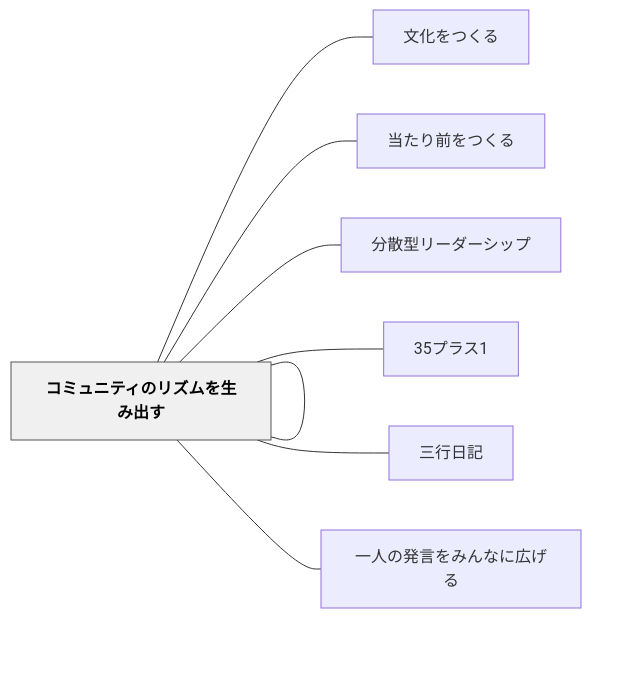
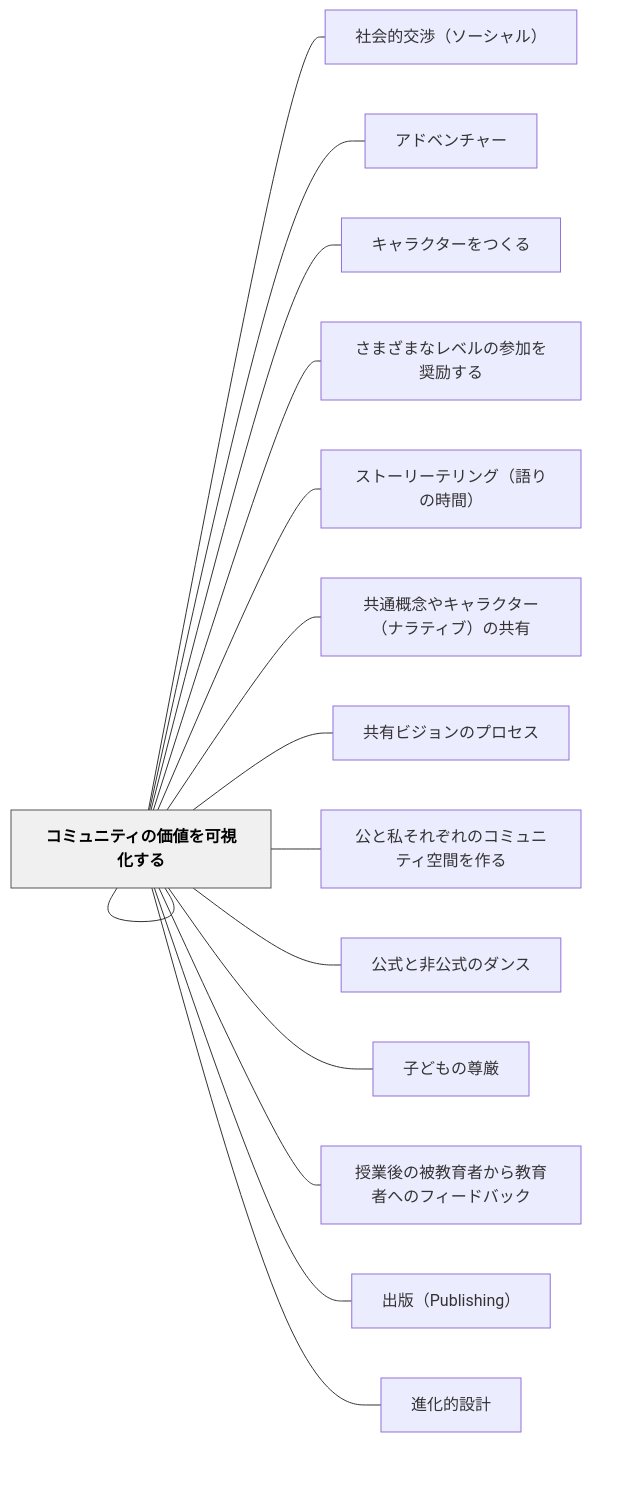
One commit to unknownthings-ed-patterns/unknownthings-ed-patterns changed the diagram in content/パタン/コミュニティをつくる.md. Above: the diagram before and after it, drawn with Mermaid. The commit also changed other lines of this file and 473 other files, not shown here.

````diff
--- a/content/パタン/コミュニティをつくる.md
+++ b/content/パタン/コミュニティをつくる.md
@@ -116,22 +140,36 @@
 ```mermaid
 flowchart LR
     ne382b3e3839f["コミュニティをつくる"]
-    ne69687e58c96["文化をつくる"]
-    ne5bd93e3819f["当たり前をつくる"]
-    ne382b3e3839f["コミュニティのリズムを生み出す"]
-    ne58886e695a3["分散型リーダーシップ"]
-    n3335e38397e3["35プラス1"]
-    ne4b889e8a18c["三行日記"]
-    ne4b880e4baba["一人の発言をみんなに広げる"]
+    ne7a4bee4bc9a["社会的交渉（ソーシャル）"]
+    ne382a2e38389["アドベンチャー"]
+    ne382ade383a3["キャラクターをつくる"]
+    ne382b3e3839f["コミュニティの価値を可視化する"]
+    ne38195e381be["さまざまなレベルの参加を奨励する"]
+    ne382b9e38388["ストーリーテリング（語りの時間）"]
+    ne585b1e9809a["共通概念やキャラクター（ナラティブ）の共有"]
+    ne585b1e69c89["共有ビジョンのプロセス"]
+    ne585ace381a8["公と私それぞれのコミュニティ空間を作る"]
+    ne585ace5bc8f["公式と非公式のダンス"]
+    ne5ad90e381a9["子どもの尊厳"]
+    ne68e88e6a5ad["授業後の被教育者から教育者へのフィードバック"]
+    ne587bae78988["出版（Publishing）"]
+    ne980b2e58c96["進化的設計"]
 
-    ne382b3e3839f --- ne69687e58c96
-    ne382b3e3839f --- ne5bd93e3819f
+    ne382b3e3839f --- ne7a4bee4bc9a
+    ne382b3e3839f --- ne382a2e38389
+    ne382b3e3839f --- ne382ade383a3
     ne382b3e3839f --- ne382b3e3839f
-    ne382b3e3839f --- ne58886e695a3
-    ne382b3e3839f --- n3335e38397e3
-    ne382b3e3839f --- ne4b889e8a18c
-    ne382b3e3839f --- ne4b880e4baba
+    ne382b3e3839f --- ne38195e381be
+    ne382b3e3839f --- ne382b9e38388
+    ne382b3e3839f --- ne585b1e9809a
+    ne382b3e3839f --- ne585b1e69c89
+    ne382b3e3839f --- ne585ace381a8
+    ne382b3e3839f --- ne585ace5bc8f
+    ne382b3e3839f --- ne5ad90e381a9
+    ne382b3e3839f --- ne68e88e6a5ad
+    ne382b3e3839f --- ne587bae78988
+    ne382b3e3839f --- ne980b2e58c96
 
     classDef hub fill:#f0f0f0,stroke:#555,color:#000,font-weight:bold
     class ne382b3e3839f hub
 ```
````
